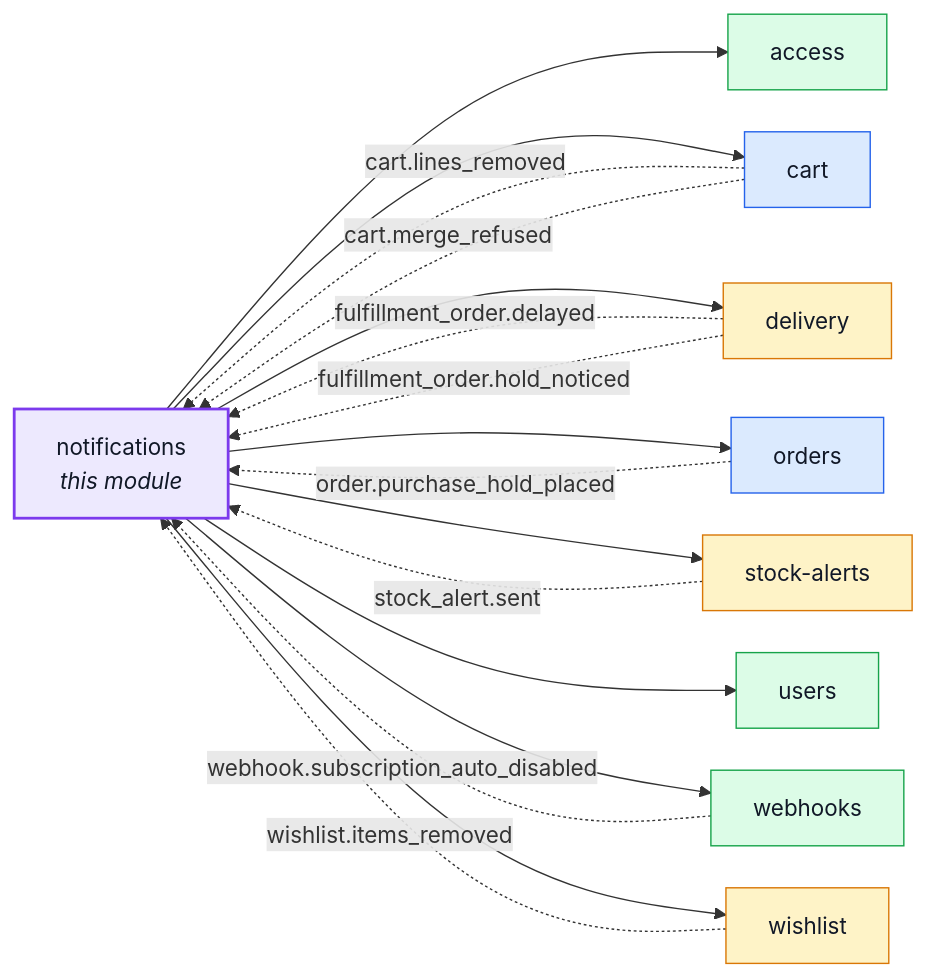
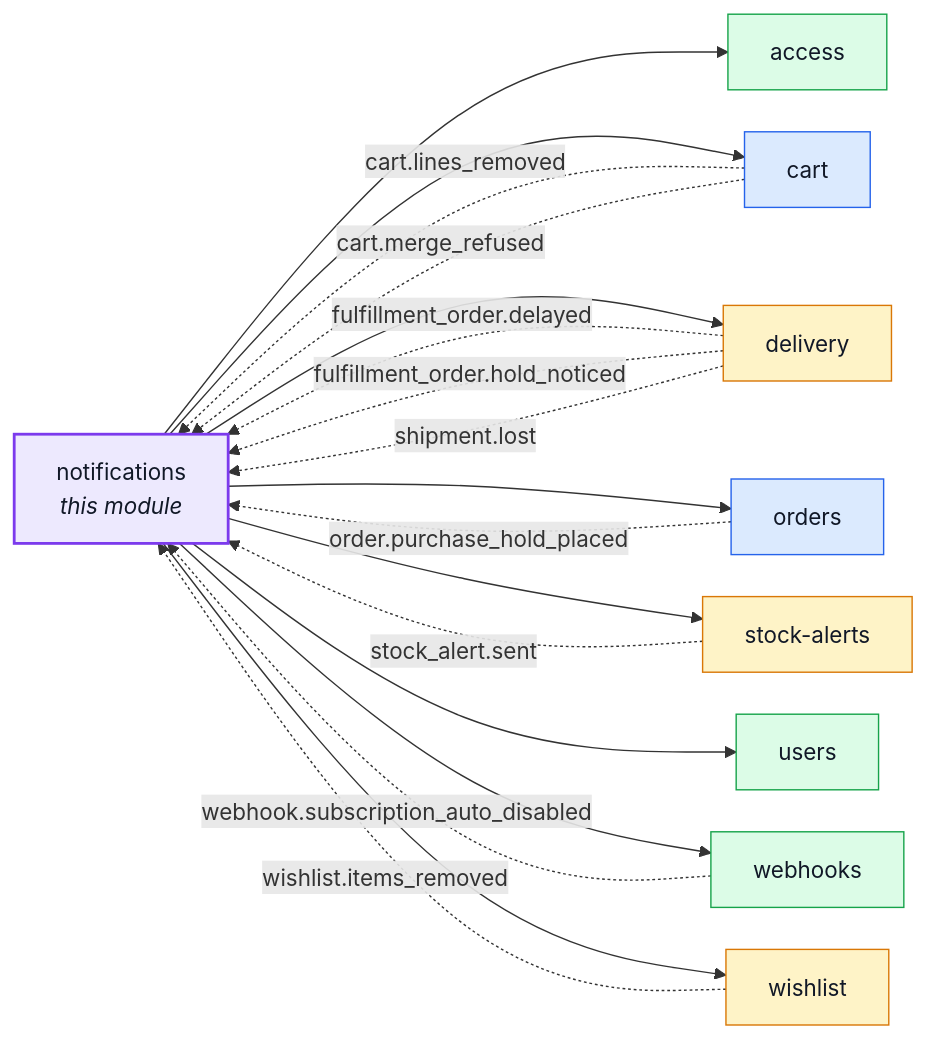
Before and after one commit to Guebbit/boilerplate-node-backend: the first of 3 diagrams in docs/modules/notifications.md, drawn with Mermaid. The commit also changed other lines of this file and 78 other files, not shown here.

First line of the commit message:
feat(delivery): report a parcel lost or damaged, reship on the same order

````diff
--- a/docs/modules/notifications.md
+++ b/docs/modules/notifications.md
@@ -16,39 +16,40 @@
 ```mermaid
 %%{init: {'flowchart': {'nodeSpacing': 30, 'rankSpacing': 60}}}%%
 flowchart LR
     notifications["notifications<br/><i>this module</i>"]
     access["access"]
     cart["cart"]
     delivery["delivery"]
     orders["orders"]
     stock_alerts["stock-alerts"]
     users["users"]
     webhooks["webhooks"]
     wishlist["wishlist"]
 
     notifications --> access
     notifications --> cart
     notifications --> delivery
     notifications --> orders
     notifications --> stock_alerts
     notifications --> users
     notifications --> webhooks
     notifications --> wishlist
     cart -. "cart.lines_removed" .-> notifications
     cart -. "cart.merge_refused" .-> notifications
     delivery -. "fulfillment_order.delayed" .-> notifications
     delivery -. "fulfillment_order.hold_noticed" .-> notifications
+    delivery -. "shipment.lost" .-> notifications
     orders -. "order.purchase_hold_placed" .-> notifications
     stock_alerts -. "stock_alert.sent" .-> notifications
     webhooks -. "webhook.subscription_auto_disabled" .-> notifications
     wishlist -. "wishlist.items_removed" .-> notifications
 
     classDef core fill:#dbeafe,stroke:#2563eb,color:#111827;
     classDef supporting fill:#fef3c7,stroke:#d97706,color:#111827;
     classDef generic fill:#dcfce7,stroke:#16a34a,color:#111827;
     classDef centre fill:#ede9fe,stroke:#7c3aed,stroke-width:2px,color:#111827;
     class cart,orders core;
     class delivery,stock_alerts,wishlist supporting;
     class access,users,webhooks generic;
     class notifications centre;
 ```
````
